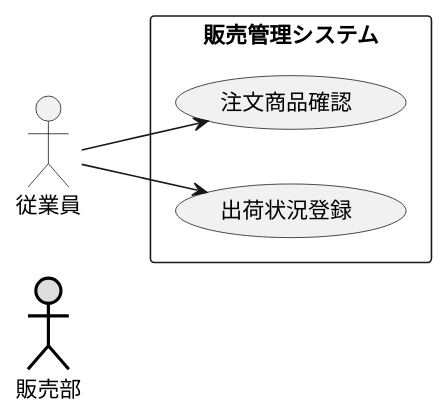
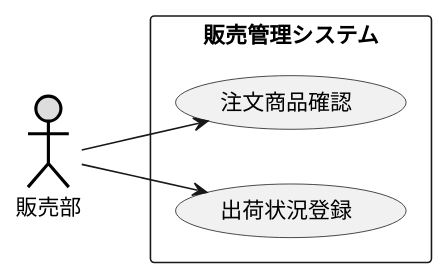
One commit to orenouserNamehaKawamura1/uml-introduction changed the diagram in 演習2-5_盛岡商事_販売管理システム.pu. Above: the diagram before and after it, drawn with PlantUML.

Commit message:
修正

```diff
--- a/演習2-5_盛岡商事_販売管理システム.pu
+++ b/演習2-5_盛岡商事_販売管理システム.pu
@@ -1,10 +1,10 @@
 @startuml 演習2-5
     left to right direction
     actor 販売部 #DDDDDD;line:black;line.bold;
     rectangle 販売管理システム{
         usecase 注文商品確認 as confirm
         usecase 出荷状況登録 as register
     }
-    従業員 --> confirm
-    従業員 --> register
+    販売部 --> confirm
+    販売部 --> register
 @enduml
```
